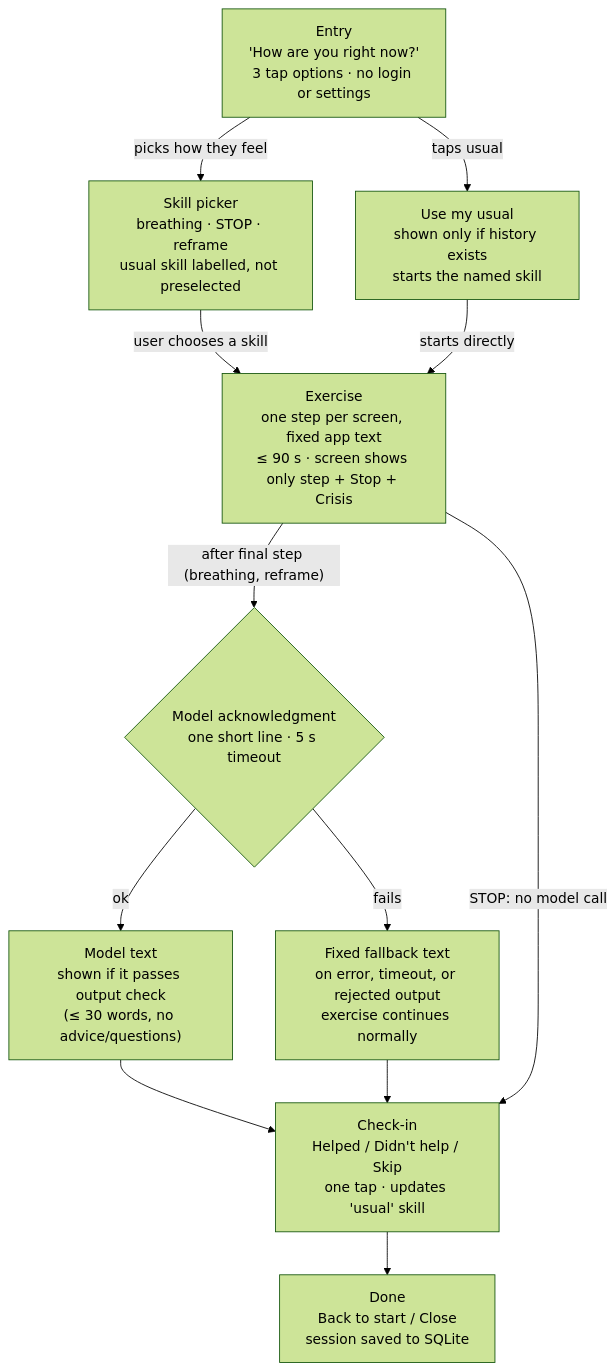
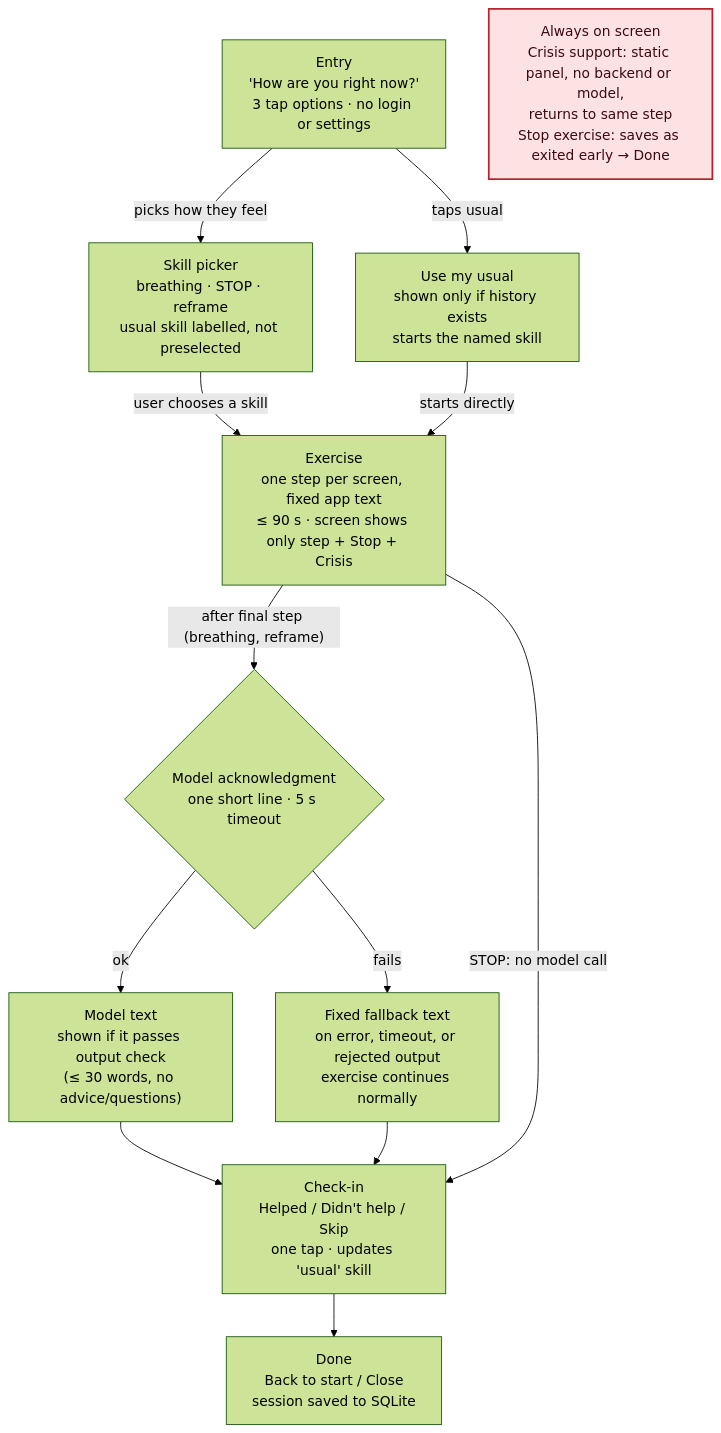
Before and after one commit to afukuda69/mental-health-skills-app: the diagram in docs/design.md, drawn with Mermaid (forest theme).

Commit message:
Show always-available Crisis and Stop in diagram

````diff
--- a/docs/design.md
+++ b/docs/design.md
@@ -23,15 +23,18 @@
 ```mermaid
 flowchart TD
     E["Entry<br/>'How are you right now?'<br/>3 tap options · no login or settings"]
     E -->|picks how they feel| P["Skill picker<br/>breathing · STOP · reframe<br/>usual skill labelled, not preselected"]
     E -->|taps usual| U["Use my usual<br/>shown only if history exists<br/>starts the named skill"]
     P -->|user chooses a skill| X["Exercise<br/>one step per screen, fixed app text<br/>≤ 90 s · screen shows only step + Stop + Crisis"]
     U -->|starts directly| X
     X -->|"after final step (breathing, reframe)"| M{"Model acknowledgment<br/>one short line · 5 s timeout"}
     M -->|ok| MT["Model text<br/>shown if it passes output check<br/>(≤ 30 words, no advice/questions)"]
     M -->|fails| FB["Fixed fallback text<br/>on error, timeout, or rejected output<br/>exercise continues normally"]
     MT --> C["Check-in<br/>Helped / Didn't help / Skip<br/>one tap · updates 'usual' skill"]
     FB --> C
     X -->|STOP: no model call| C
     C --> D["Done<br/>Back to start / Close<br/>session saved to SQLite"]
+
+    AO["Always on screen<br/>Crisis support: static panel, no backend or model,<br/>returns to same step<br/>Stop exercise: saves as exited early → Done"]
+    style AO fill:#fde2e4,stroke:#b4232c,stroke-width:2px,color:#3b0a0f
 ```
````
